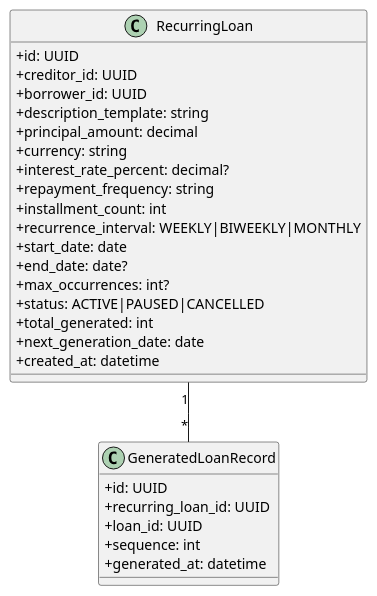
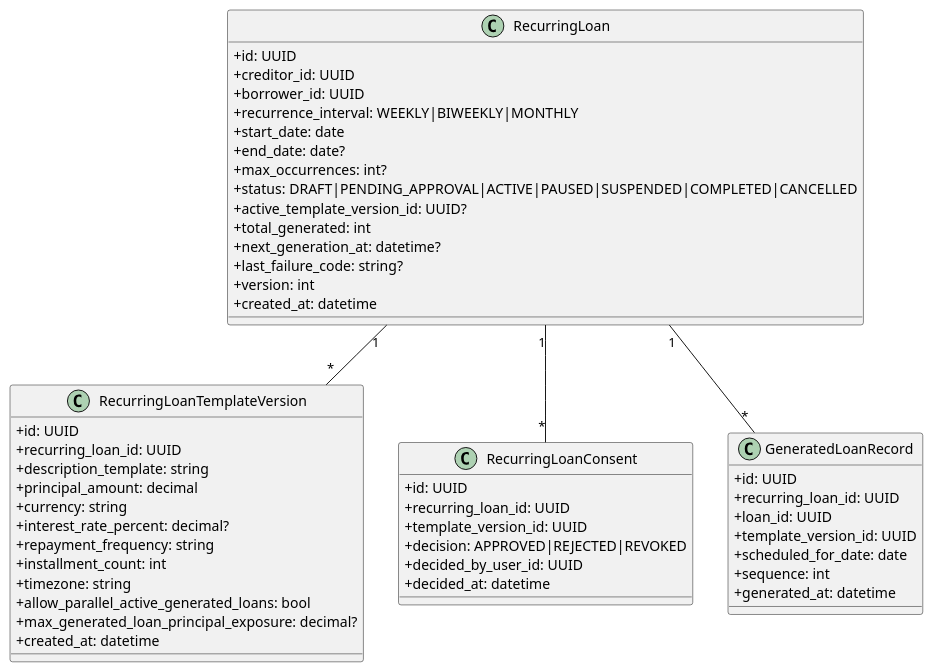
One commit to QuinntyneBrown/LendQ changed the diagram in docs/detailed-designs/diagrams/plantuml/class_recurring_loan.puml. Above: the diagram before and after it, drawn with PlantUML. The commit also changed 16 other files, not shown here.

```diff
--- a/docs/detailed-designs/diagrams/plantuml/class_recurring_loan.puml
+++ b/docs/detailed-designs/diagrams/plantuml/class_recurring_loan.puml
@@ -1,30 +1,53 @@
 @startuml
 skinparam classAttributeIconSize 0
 class RecurringLoan {
   +id: UUID
   +creditor_id: UUID
   +borrower_id: UUID
+  +recurrence_interval: WEEKLY|BIWEEKLY|MONTHLY
+  +start_date: date
+  +end_date: date?
+  +max_occurrences: int?
+  +status: DRAFT|PENDING_APPROVAL|ACTIVE|PAUSED|SUSPENDED|COMPLETED|CANCELLED
+  +active_template_version_id: UUID?
+  +total_generated: int
+  +next_generation_at: datetime?
+  +last_failure_code: string?
+  +version: int
+  +created_at: datetime
+}
+class RecurringLoanTemplateVersion {
+  +id: UUID
+  +recurring_loan_id: UUID
   +description_template: string
   +principal_amount: decimal
   +currency: string
   +interest_rate_percent: decimal?
   +repayment_frequency: string
   +installment_count: int
-  +recurrence_interval: WEEKLY|BIWEEKLY|MONTHLY
-  +start_date: date
-  +end_date: date?
-  +max_occurrences: int?
-  +status: ACTIVE|PAUSED|CANCELLED
-  +total_generated: int
-  +next_generation_date: date
+  +timezone: string
+  +allow_parallel_active_generated_loans: bool
+  +max_generated_loan_principal_exposure: decimal?
   +created_at: datetime
+}
+class RecurringLoanConsent {
+  +id: UUID
+  +recurring_loan_id: UUID
+  +template_version_id: UUID
+  +decision: APPROVED|REJECTED|REVOKED
+  +decided_by_user_id: UUID
+  +decided_at: datetime
 }
 class GeneratedLoanRecord {
   +id: UUID
   +recurring_loan_id: UUID
   +loan_id: UUID
+  +template_version_id: UUID
+  +scheduled_for_date: date
   +sequence: int
   +generated_at: datetime
 }
+RecurringLoan "1" -- "*" RecurringLoanTemplateVersion
+RecurringLoan "1" -- "*" RecurringLoanConsent
 RecurringLoan "1" -- "*" GeneratedLoanRecord
 @enduml
```
